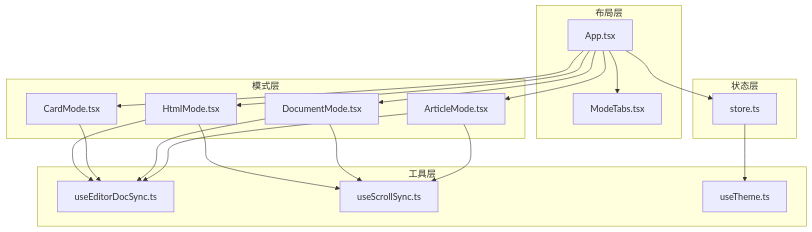
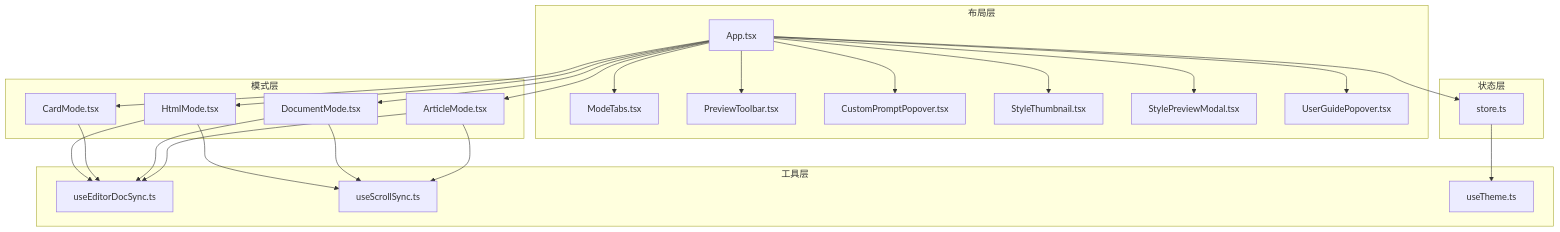
Before and after one commit to ZhongXiandou/markdown2view: the first of 11 diagrams in .qoder/repowiki/zh/content/UI组件库/布局组件.md, drawn with Mermaid. The commit also changed other lines of this file and 35 other files, not shown here.

````diff
--- a/.qoder/repowiki/zh/content/UI组件库/布局组件.md
+++ b/.qoder/repowiki/zh/content/UI组件库/布局组件.md
@@ -36,35 +54,45 @@
 ```mermaid
 graph TB
 subgraph "布局层"
 App["App.tsx"]
 ModeTabs["ModeTabs.tsx"]
+PreviewToolbar["PreviewToolbar.tsx"]
+CustomPromptPopover["CustomPromptPopover.tsx"]
+StyleThumbnail["StyleThumbnail.tsx"]
+StylePreviewModal["StylePreviewModal.tsx"]
+UserGuidePopover["UserGuidePopover.tsx"]
 end
 subgraph "状态层"
 Store["store.ts"]
 end
 subgraph "模式层"
 Article["ArticleMode.tsx"]
 Document["DocumentMode.tsx"]
 Card["CardMode.tsx"]
 Html["HtmlMode.tsx"]
 end
 subgraph "工具层"
 Sync["useEditorDocSync.ts"]
 Scroll["useScrollSync.ts"]
 Theme["useTheme.ts"]
 end
 App --> ModeTabs
+App --> PreviewToolbar
+App --> CustomPromptPopover
+App --> StyleThumbnail
+App --> StylePreviewModal
+App --> UserGuidePopover
 App --> Store
 App --> Article
 App --> Document
 App --> Card
 App --> Html
 Article --> Sync
 Document --> Sync
 Card --> Sync
 Html --> Sync
 Article --> Scroll
 Document --> Scroll
 Html --> Scroll
 Store --> Theme
 ```
````
